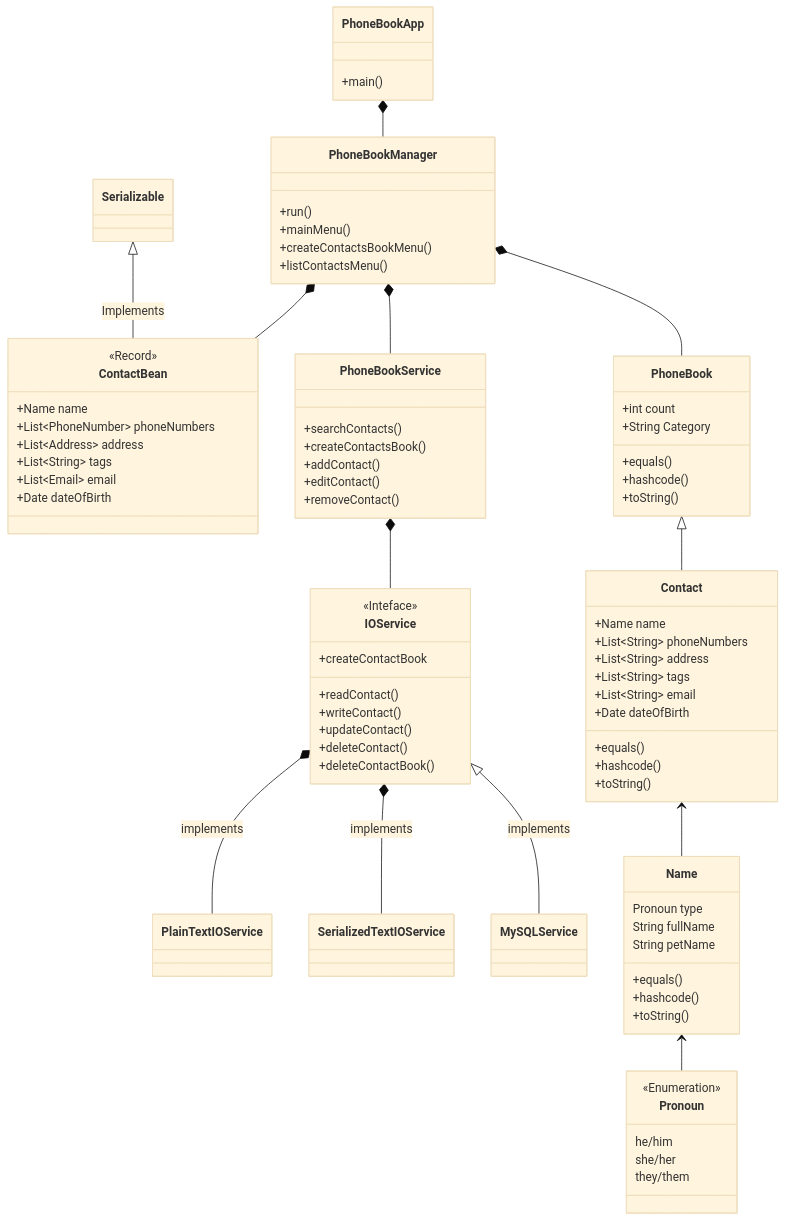
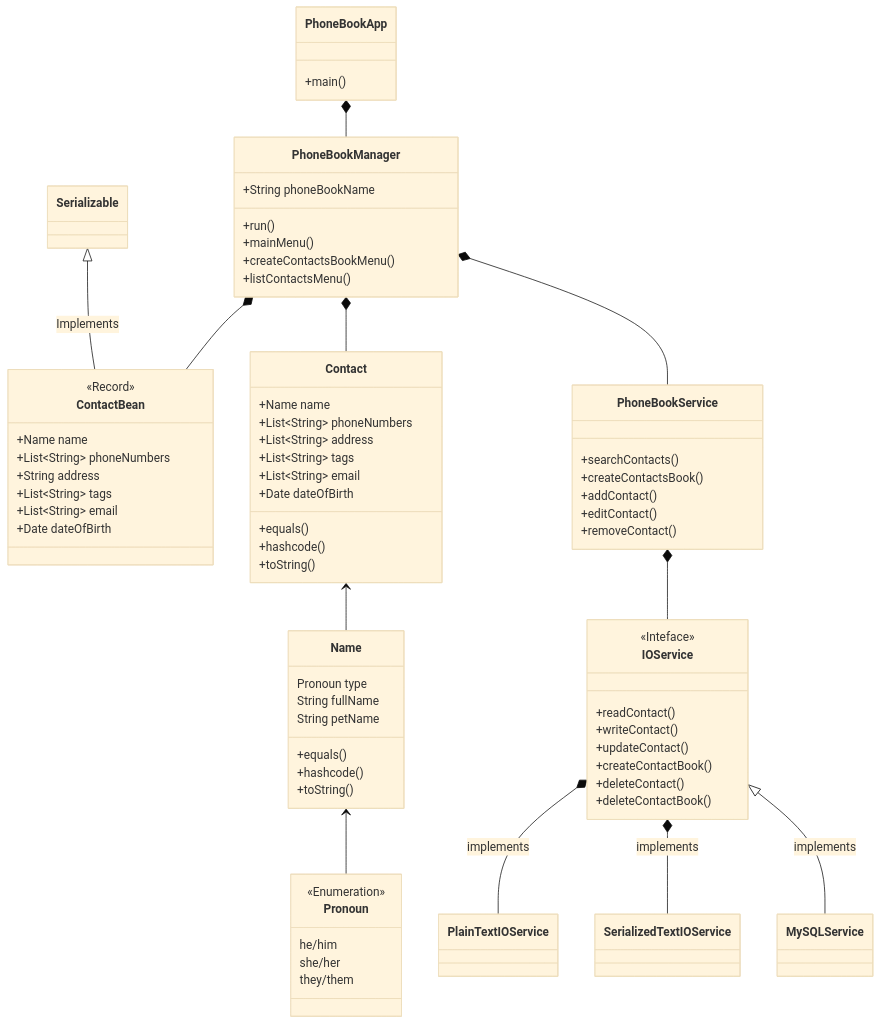
The diagram in design docs/classDiagram.md (mariojoshua/PhoneBookApp_Java), drawn with Mermaid (base theme) before and after one commit. The commit also changed 18 other files, not shown here.

````diff
--- a/design docs/classDiagram.md
+++ b/design docs/classDiagram.md
@@ -3,16 +3,26 @@
     PhoneBookApp 
     PhoneBookApp *-- PhoneBookManager
     PhoneBookManager *-- ContactBean
-    PhoneBookManager *-- PhoneBook
+    PhoneBookManager *-- Contact
     PhoneBookManager *-- PhoneBookService
     class PhoneBookApp {
         +main()
+    }
+    class ContactBean {
+        <<Record>>
+        +Name name
+        +List~String~ phoneNumbers
+        +String address 
+        +List~String~ tags 
+        +List~String~ email 
+        +Date dateOfBirth
     }
     class PhoneBookManager {
         +run()
         +mainMenu()
         +createContactsBookMenu()
         +listContactsMenu()
+        +String phoneBookName
     }
     class PhoneBookService {
         +searchContacts()
@@ -21,48 +31,8 @@
         +editContact()
         +removeContact() 
     }
-    PhoneBookService *-- IOService
-    class IOService {
-        <<Inteface>>
-        +readContact()
-        +writeContact()
-        +updateContact()
-        +createContactBook
-        +deleteContact()
-        +deleteContactBook()
-    }
 
-    IOService *-- PlainTextIOService : implements
-    IOService *-- SerializedTextIOService : implements
-    IOService <|-- MySQLService : implements
-
-    class PlainTextIOService {
-
-    }
-    class SerializedTextIOService {
-
-    }
-    class MySQLService {
-
-    }
-
-    class ContactBean {
-        <<Record>>
-        +Name name
-        +List~PhoneNumber~ phoneNumbers
-        +List~Address~ address 
-        +List~String~ tags 
-        +List~Email~ email 
-        +Date dateOfBirth
-    }
     Serializable <|-- ContactBean: Implements
-    PhoneBook <|-- Contact
-    PhoneBook : +int count
-    PhoneBook : +String Category
-    PhoneBook: +equals()
-    PhoneBook: +hashcode()
-    PhoneBook: +toString()
- 
     Contact <-- Name
     class Contact{
         +Name name
@@ -91,4 +61,29 @@
         they/them
     }
 
+        PhoneBookService *-- IOService
+    class IOService {
+        <<Inteface>>
+        +readContact()
+        +writeContact()
+        +updateContact()
+        +createContactBook()
+        +deleteContact()
+        +deleteContactBook()
+    }
+
+    IOService *-- PlainTextIOService : implements
+    IOService *-- SerializedTextIOService : implements
+    IOService <|-- MySQLService : implements
+
+    class PlainTextIOService {
+
+    }
+    class SerializedTextIOService {
+
+    }
+    class MySQLService {
+
+    }
+
 ```    
````
